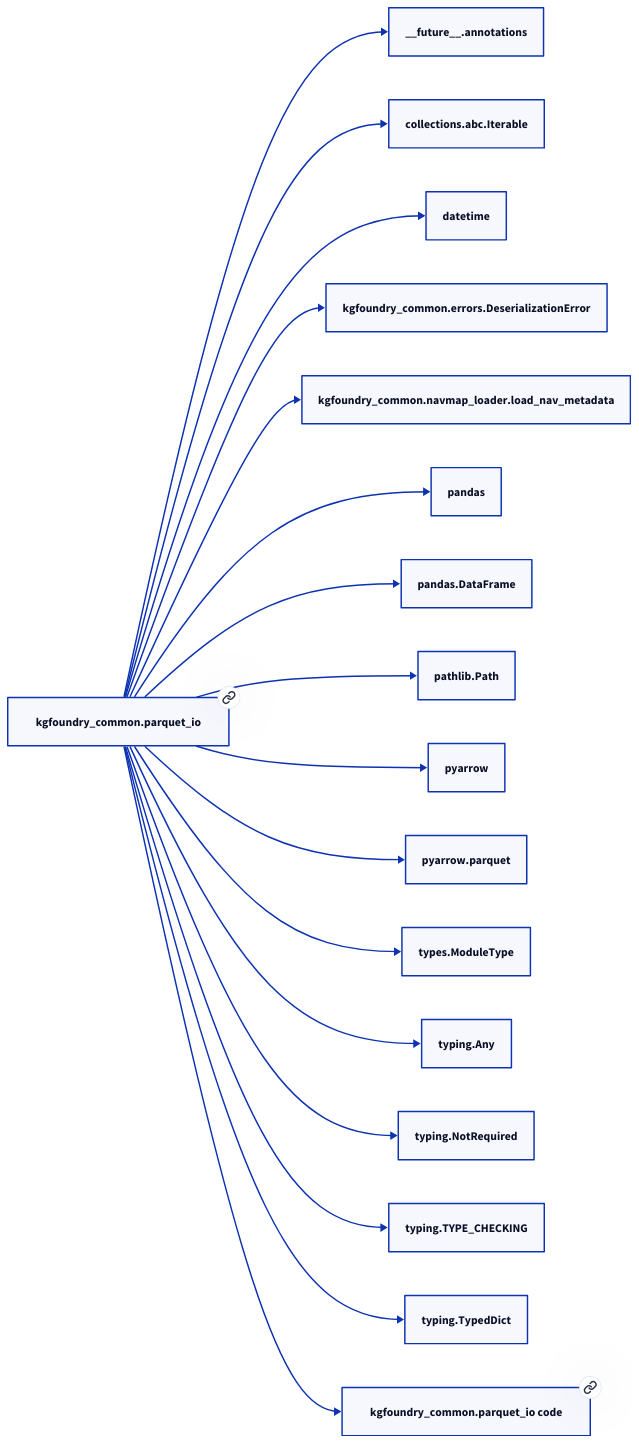
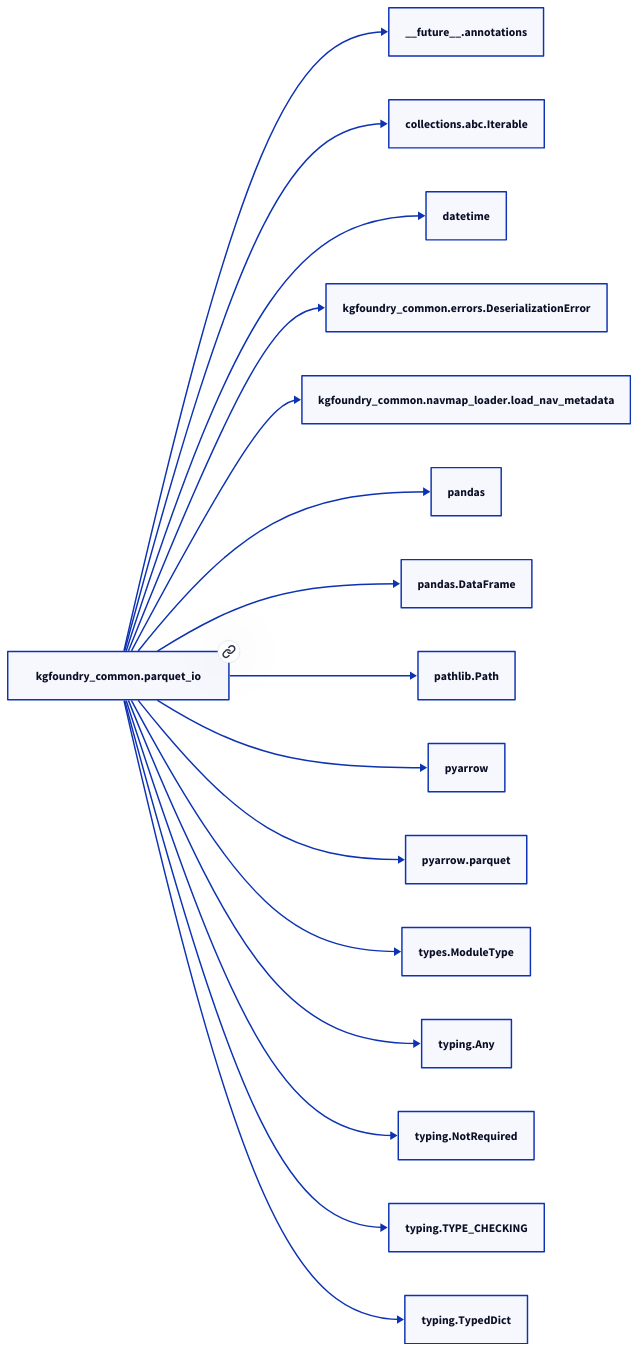
Before and after one commit to paul-heyse/kgforge: the second of 2 diagrams in docs/modules/kgfoundry_common/parquet_io.md, drawn with D2. The commit also changed other lines of this file and 118 other files, not shown here.

````diff
--- a/docs/modules/kgfoundry_common/parquet_io.md
+++ b/docs/modules/kgfoundry_common/parquet_io.md
@@ -73,36 +71,34 @@
 ```d2
 direction: right
-"kgfoundry_common.parquet_io": "kgfoundry_common.parquet_io" { link: "./kgfoundry_common/parquet_io.md" }
+"kgfoundry_common.parquet_io": "kgfoundry_common.parquet_io" { link: "parquet_io.md" }
 "__future__.annotations": "__future__.annotations"
 "kgfoundry_common.parquet_io" -> "__future__.annotations"
 "collections.abc.Iterable": "collections.abc.Iterable"
 "kgfoundry_common.parquet_io" -> "collections.abc.Iterable"
 "datetime": "datetime"
 "kgfoundry_common.parquet_io" -> "datetime"
 "kgfoundry_common.errors.DeserializationError": "kgfoundry_common.errors.DeserializationError"
 "kgfoundry_common.parquet_io" -> "kgfoundry_common.errors.DeserializationError"
 "kgfoundry_common.navmap_loader.load_nav_metadata": "kgfoundry_common.navmap_loader.load_nav_metadata"
 "kgfoundry_common.parquet_io" -> "kgfoundry_common.navmap_loader.load_nav_metadata"
 "pandas": "pandas"
 "kgfoundry_common.parquet_io" -> "pandas"
 "pandas.DataFrame": "pandas.DataFrame"
 "kgfoundry_common.parquet_io" -> "pandas.DataFrame"
 "pathlib.Path": "pathlib.Path"
 "kgfoundry_common.parquet_io" -> "pathlib.Path"
 "pyarrow": "pyarrow"
 "kgfoundry_common.parquet_io" -> "pyarrow"
 "pyarrow.parquet": "pyarrow.parquet"
 "kgfoundry_common.parquet_io" -> "pyarrow.parquet"
 "types.ModuleType": "types.ModuleType"
 "kgfoundry_common.parquet_io" -> "types.ModuleType"
 "typing.Any": "typing.Any"
 "kgfoundry_common.parquet_io" -> "typing.Any"
 "typing.NotRequired": "typing.NotRequired"
 "kgfoundry_common.parquet_io" -> "typing.NotRequired"
 "typing.TYPE_CHECKING": "typing.TYPE_CHECKING"
 "kgfoundry_common.parquet_io" -> "typing.TYPE_CHECKING"
 "typing.TypedDict": "typing.TypedDict"
 "kgfoundry_common.parquet_io" -> "typing.TypedDict"
-"kgfoundry_common.parquet_io_code": "kgfoundry_common.parquet_io code" { link: "https://github.com/kgfoundry/kgfoundry/blob/main/src/kgfoundry_common/parquet_io.py" }
-"kgfoundry_common.parquet_io" -> "kgfoundry_common.parquet_io_code" { style: dashed }
 ```
````
